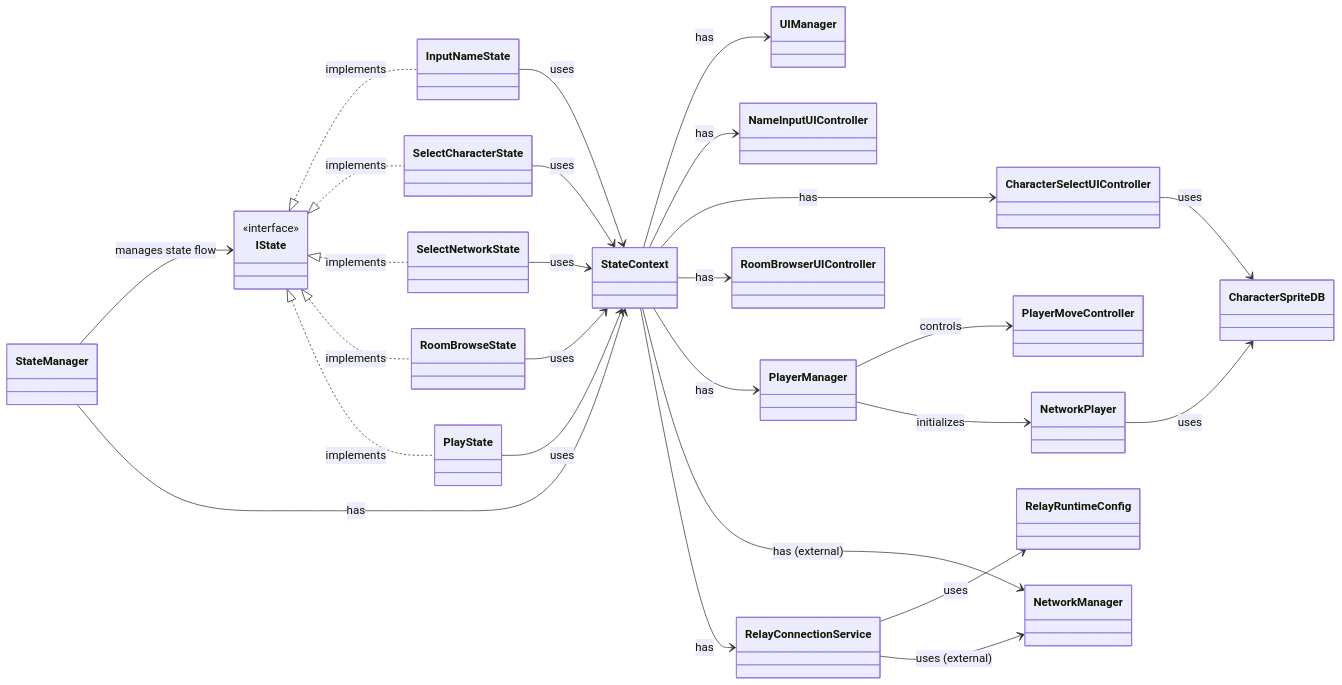
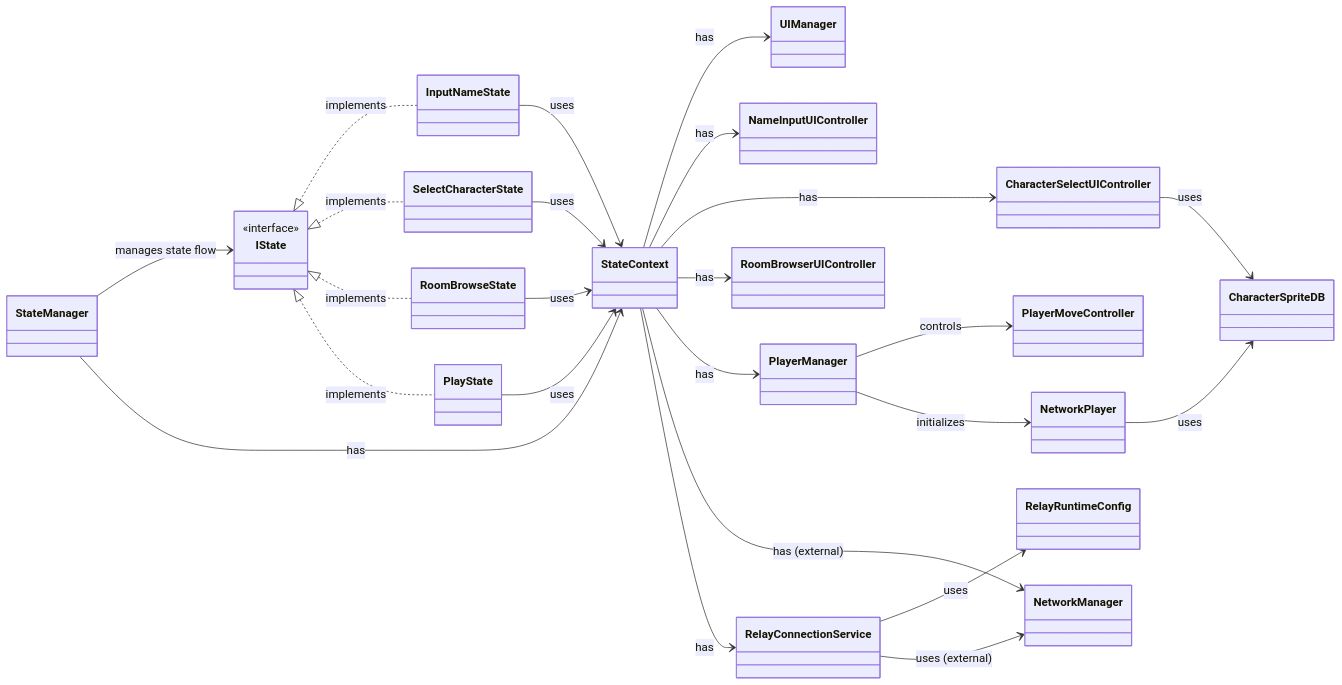
The diagram in .codex/CLASS_DIAGRAM.md (UpaDotti/MetaverSesecretBase), drawn with Mermaid before and after one commit. The commit also changed other lines of this file and 14 other files, not shown here.

Commit message:
Clean up legacy uGUI menu flow and reorganize UI scripts

````diff
--- a/.codex/CLASS_DIAGRAM.md
+++ b/.codex/CLASS_DIAGRAM.md
@@ -10,57 +10,54 @@
 ```mermaid
 classDiagram
     direction LR
 
     class IState {
         <<interface>>
     }
 
     class StateManager
     class StateContext
     class InputNameState
     class SelectCharacterState
-    class SelectNetworkState
     class RoomBrowseState
     class PlayState
 
     class RelayConnectionService
     class RelayRuntimeConfig
     class PlayerManager
     class PlayerMoveController
     class NetworkPlayer
     class UIManager
     class NameInputUIController
     class CharacterSelectUIController
     class RoomBrowserUIController
     class CharacterSpriteDB
 
     StateManager --> IState : manages state flow
     StateManager --> StateContext : has
 
     IState <|.. InputNameState : implements
     IState <|.. SelectCharacterState : implements
-    IState <|.. SelectNetworkState : implements
     IState <|.. RoomBrowseState : implements
     IState <|.. PlayState : implements
 
     InputNameState --> StateContext : uses
     SelectCharacterState --> StateContext : uses
-    SelectNetworkState --> StateContext : uses
     RoomBrowseState --> StateContext : uses
     PlayState --> StateContext : uses
 
     StateContext --> UIManager : has
     StateContext --> NameInputUIController : has
     StateContext --> CharacterSelectUIController : has
     StateContext --> RoomBrowserUIController : has
     StateContext --> PlayerManager : has
     StateContext --> NetworkManager : has (external)
     StateContext --> RelayConnectionService : has
 
     RelayConnectionService --> RelayRuntimeConfig : uses
     RelayConnectionService --> NetworkManager : uses (external)
     PlayerManager --> PlayerMoveController : controls
     PlayerManager --> NetworkPlayer : initializes
     NetworkPlayer --> CharacterSpriteDB : uses
     CharacterSelectUIController --> CharacterSpriteDB : uses
 ```
````
